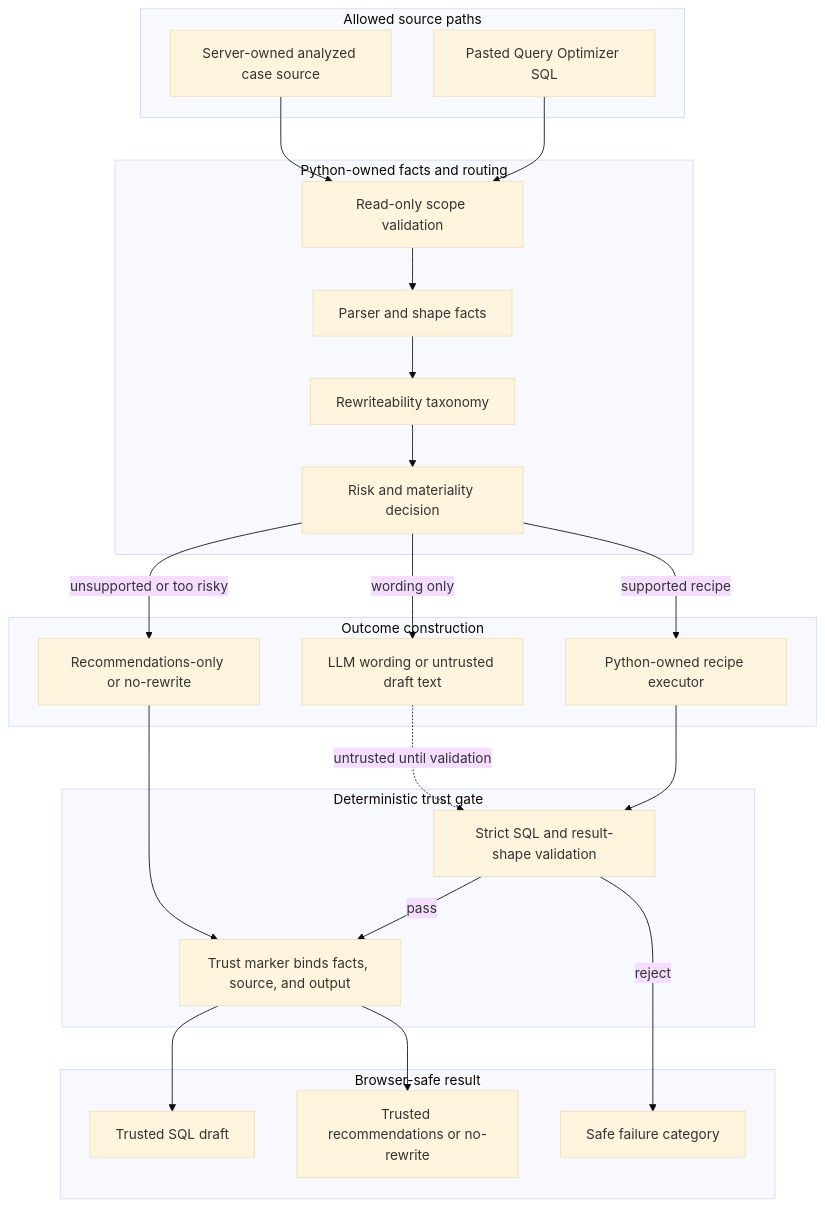
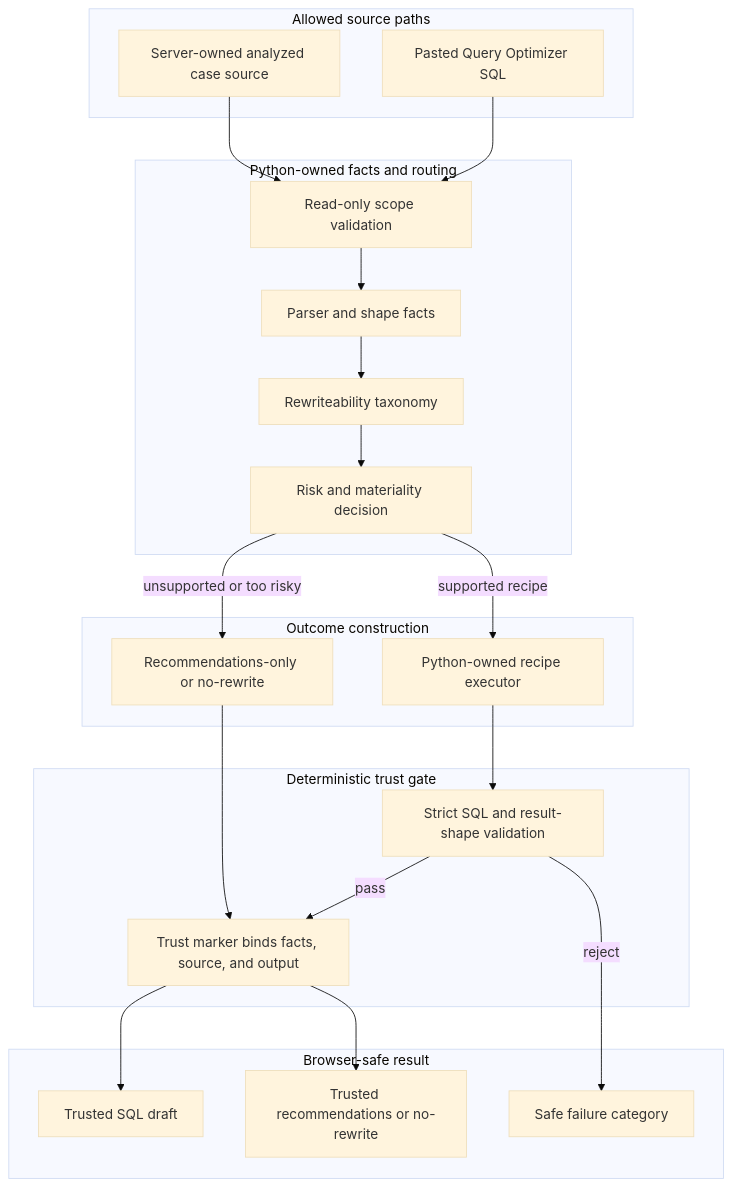
The diagram in docs/query-optimizer-contract.md (alexandrefimov/Query-Doctor), drawn with Mermaid (base theme) before and after one commit. The commit also changed other lines of this file and 62 other files, not shown here.

````diff
--- a/docs/query-optimizer-contract.md
+++ b/docs/query-optimizer-contract.md
@@ -50,47 +50,44 @@
 ```mermaid
 flowchart TD
     subgraph Sources["Allowed source paths"]
         Pasted[Pasted Query Optimizer SQL]
         CaseSource[Server-owned analyzed case source]
     end
 
     subgraph PythonFacts["Python-owned facts and routing"]
         Scope[Read-only scope validation]
         Shape[Parser and shape facts]
         Rewriteability[Rewriteability taxonomy]
         Risk[Risk and materiality decision]
     end
 
     subgraph DraftPaths["Outcome construction"]
         Recipe[Python-owned recipe executor]
-        LLM[LLM wording or untrusted draft text]
         NoDraft[Recommendations-only or no-rewrite]
     end
 
     subgraph TrustGate["Deterministic trust gate"]
         Validator[Strict SQL and result-shape validation]
         Marker[Trust marker binds facts, source, and output]
     end
 
     subgraph Browser["Browser-safe result"]
         TrustedDraft[Trusted SQL draft]
         TrustedNoDraft[Trusted recommendations or no-rewrite]
         SafeFailure[Safe failure category]
     end
 
     Pasted --> Scope
     CaseSource --> Scope
     Scope --> Shape
     Shape --> Rewriteability
     Rewriteability --> Risk
     Risk -->|supported recipe| Recipe
     Risk -->|unsupported or too risky| NoDraft
-    Risk -->|wording only| LLM
     Recipe --> Validator
-    LLM -. untrusted until validation .-> Validator
     Validator -->|pass| Marker
     Marker --> TrustedDraft
     NoDraft --> Marker
     Marker --> TrustedNoDraft
     Validator -->|reject| SafeFailure
 ```
````
